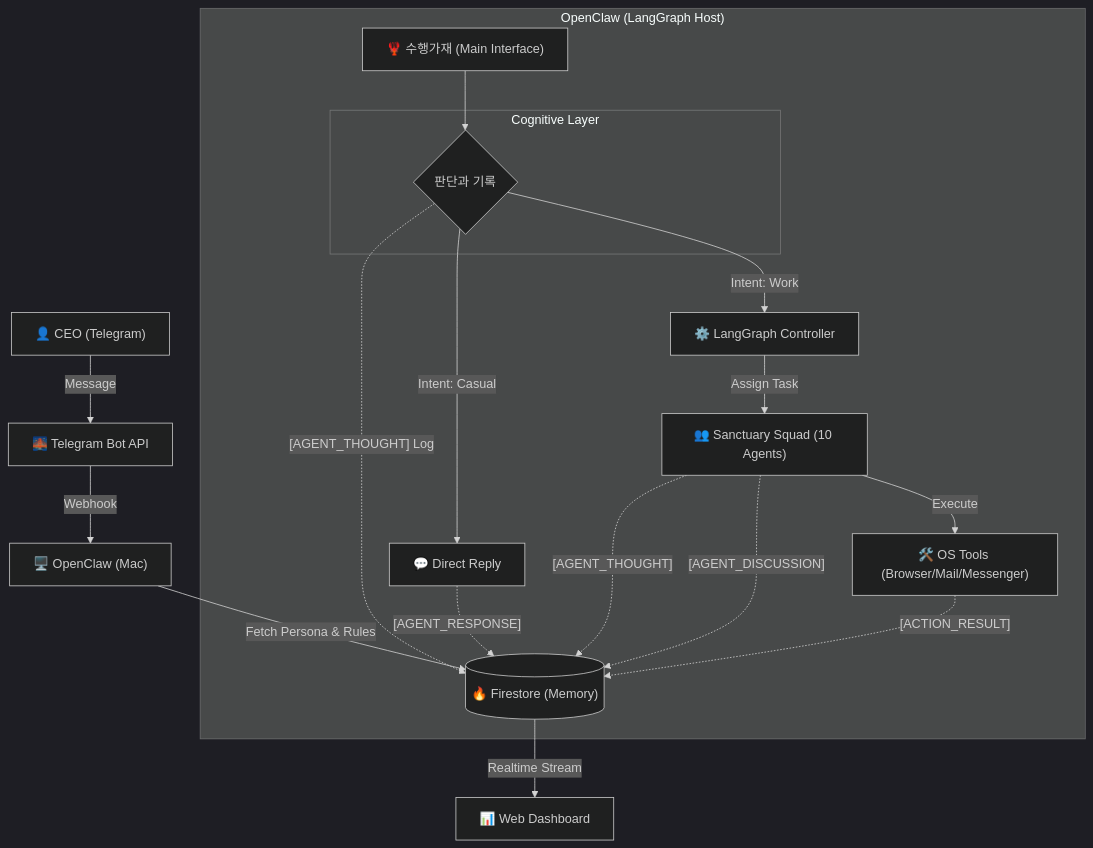
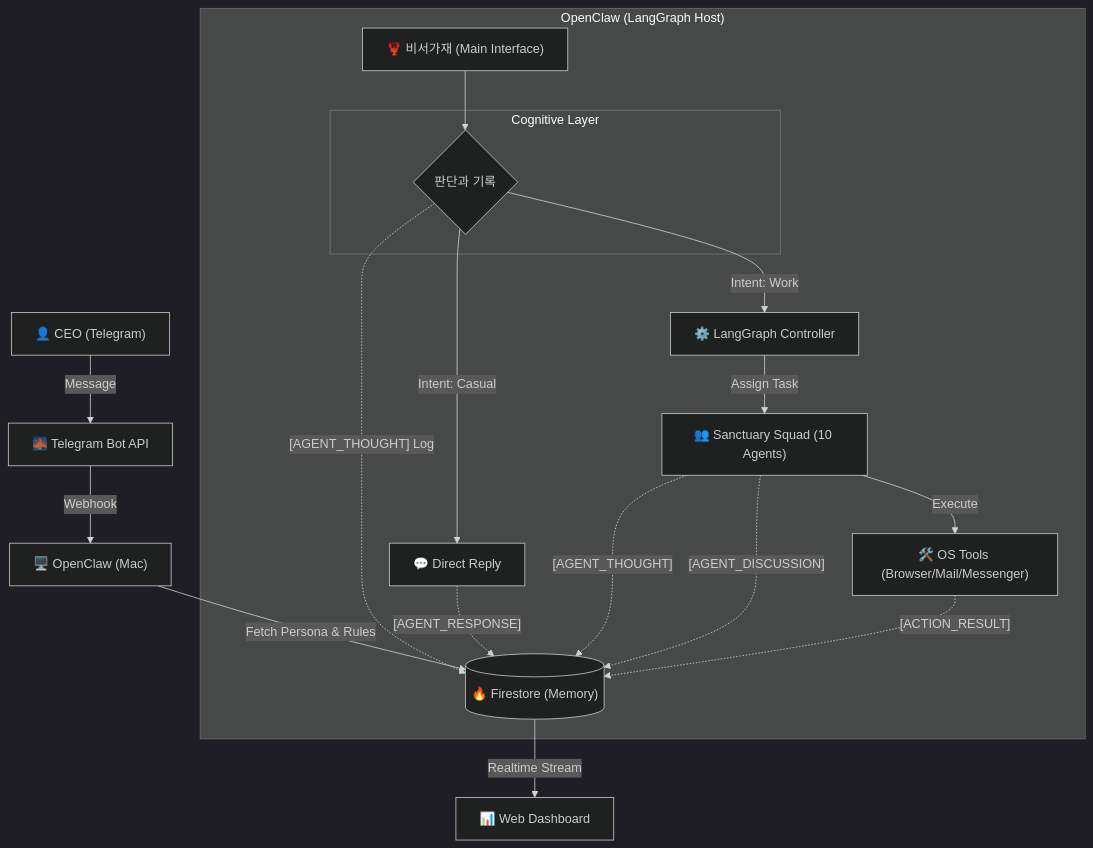
The first of 5 diagrams in docs/core/process/SYSTEM_DESIGN_V1_0.md (KyleL22/yuna-openclaw), drawn with Mermaid (dark theme) before and after one commit. The commit also changed other lines of this file, not shown here.

Commit message:
Refactor: Rename Suhaeng to Biseo in System Design

````diff
--- a/docs/core/process/SYSTEM_DESIGN_V1_0.md
+++ b/docs/core/process/SYSTEM_DESIGN_V1_0.md
@@ -12,35 +12,35 @@
 ```mermaid
 graph TD
     User["👤 CEO (Telegram)"] -->|Message| Bridge["🌉 Telegram Bot API"]
     Bridge -->|Webhook| PC["🖥️ OpenClaw (Mac)"]
     
     PC -->|Fetch Persona & Rules| DB[("🔥 Firestore (Memory)")]
     
     subgraph "OpenClaw (LangGraph Host)"
-        Suhaeng["🦞 수행가재 (Main Interface)"]
-        %% Note: OpenClaw itself IS Suhaeng. There is no 'raw LLM'.
+        Biseo["🦞 비서가재 (Main Interface)"]
+        %% Note: OpenClaw itself IS Biseo. There is no 'raw LLM'.
         %% The System Prompt for the entry point is ROLE_SUHAENG.
         
         subgraph "Cognitive Layer"
             Think{판단과 기록}
         end
 
-        Suhaeng --> Think
+        Biseo --> Think
         Think -.->|"[AGENT_THOUGHT] Log"| DB
         
         Think -->|Intent: Casual| Reply["💬 Direct Reply"]
         Think -->|Intent: Work| Orchestrator["⚙️ LangGraph Controller"]
         
         Orchestrator -->|Assign Task| Squad["👥 Sanctuary Squad (10 Agents)"]
         
         Squad -->|Execute| Tools["🛠️ OS Tools (Browser/Mail/Messenger)"]
         
         %% All agents write to DB
         Reply -.->|"[AGENT_RESPONSE]"| DB
         Squad -.->|"[AGENT_THOUGHT]"| DB
         Squad -.->|"[AGENT_DISCUSSION]"| DB
         Tools -.->|"[ACTION_RESULT]"| DB
     end
     
     DB -->|Realtime Stream| Dashboard["📊 Web Dashboard"]
 ```
````
